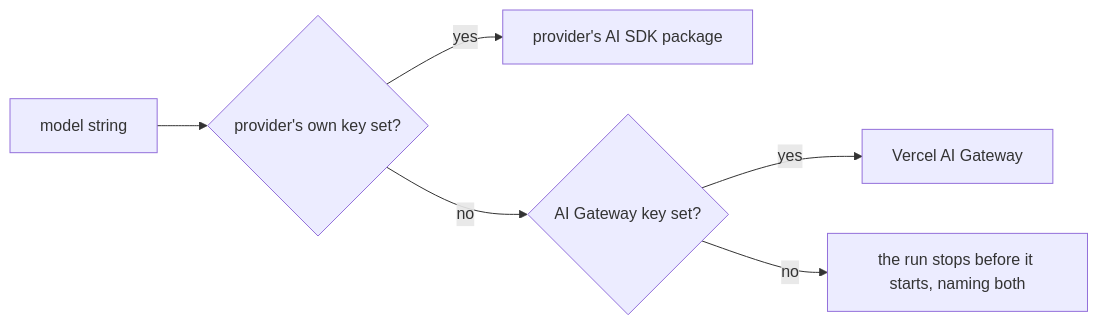
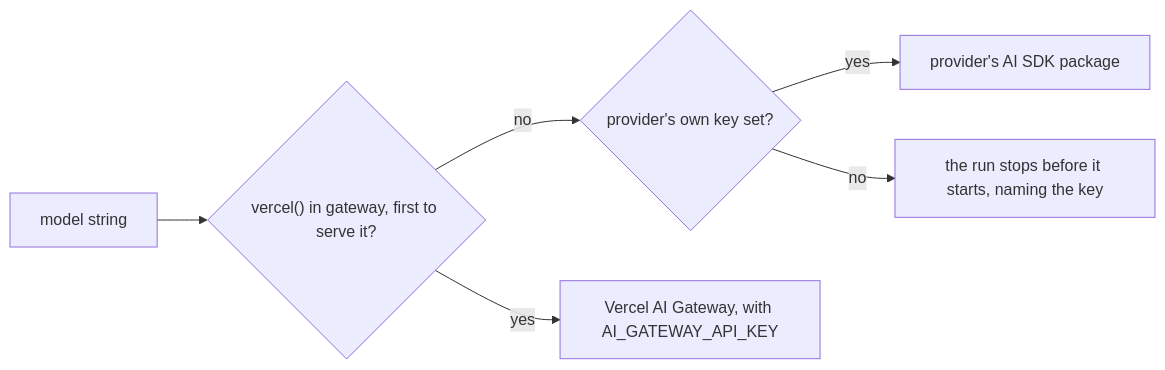
Before and after one commit to invertase/reeval: the diagram in docs/concepts/judges.mdx, drawn with Mermaid. The commit also changed other lines of this file and 33 other files, not shown here.

````diff
--- a/docs/concepts/judges.mdx
+++ b/docs/concepts/judges.mdx
@@ -53,8 +53,8 @@
 ```mermaid
 flowchart LR
-  M["model string"] --> D{"provider's own key set?"}
+  M["model string"] --> L{"vercel() in gateway, first to serve it?"}
+  L -- no --> D{"provider's own key set?"}
   D -- yes --> P["provider's AI SDK package"]
-  D -- no --> G{"AI Gateway key set?"}
-  G -- yes --> W["Vercel AI Gateway"]
-  G -- no --> E["the run stops before it starts, naming both"]
+  D -- no --> E["the run stops before it starts, naming the key"]
+  L -- yes --> W["Vercel AI Gateway, with AI_GATEWAY_API_KEY"]
 ```
````
